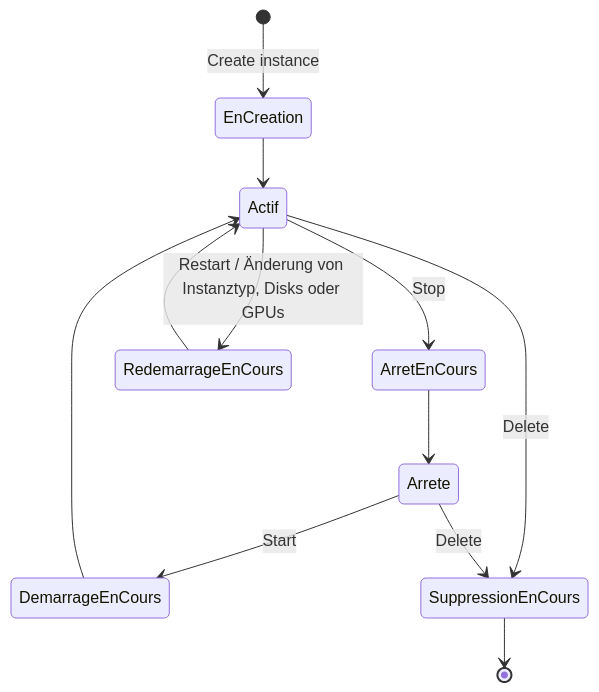
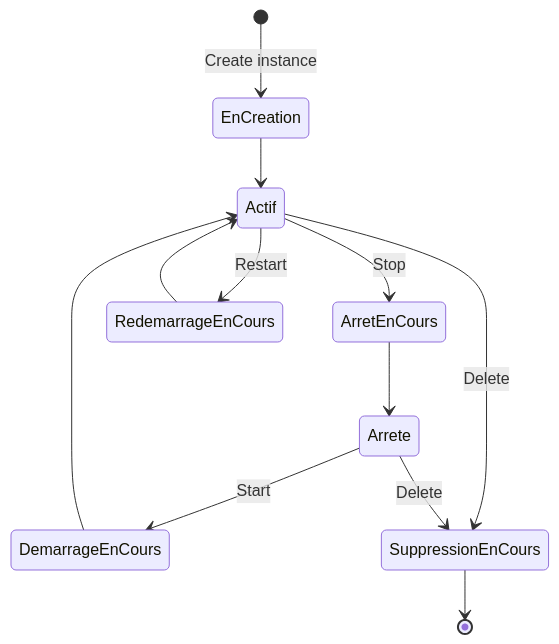
The second of 2 diagrams in i18n/de/docusaurus-plugin-content-docs/current/services/compute/concepts.md (HidoraSwiss/hikube-public-doc), drawn with Mermaid before and after one commit. The commit also changed other lines of this file and 75 other files, not shown here.

````diff
--- a/i18n/de/docusaurus-plugin-content-docs/current/services/compute/concepts.md
+++ b/i18n/de/docusaurus-plugin-content-docs/current/services/compute/concepts.md
@@ -100,14 +100,14 @@
 ```mermaid
 stateDiagram-v2
     [*] --> EnCreation: Create instance
     EnCreation --> Actif
     Actif --> ArretEnCours: Stop
     ArretEnCours --> Arrete
     Arrete --> DemarrageEnCours: Start
     DemarrageEnCours --> Actif
-    Actif --> RedemarrageEnCours: Restart / Änderung von Instanztyp, Disks oder GPUs
+    Actif --> RedemarrageEnCours: Restart
     RedemarrageEnCours --> Actif
     Actif --> SuppressionEnCours: Delete
     Arrete --> SuppressionEnCours: Delete
     SuppressionEnCours --> [*]
 ```
````
